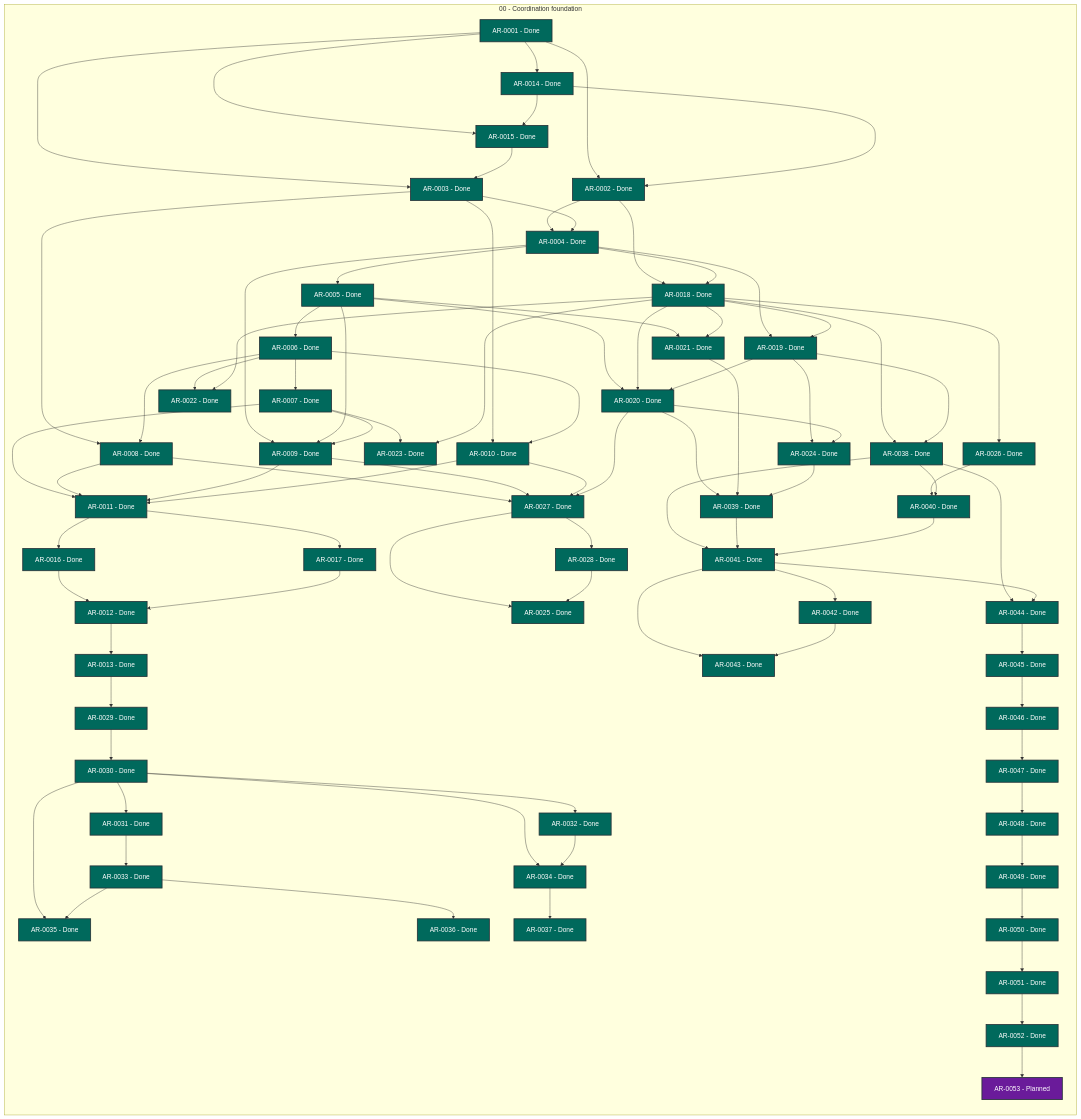
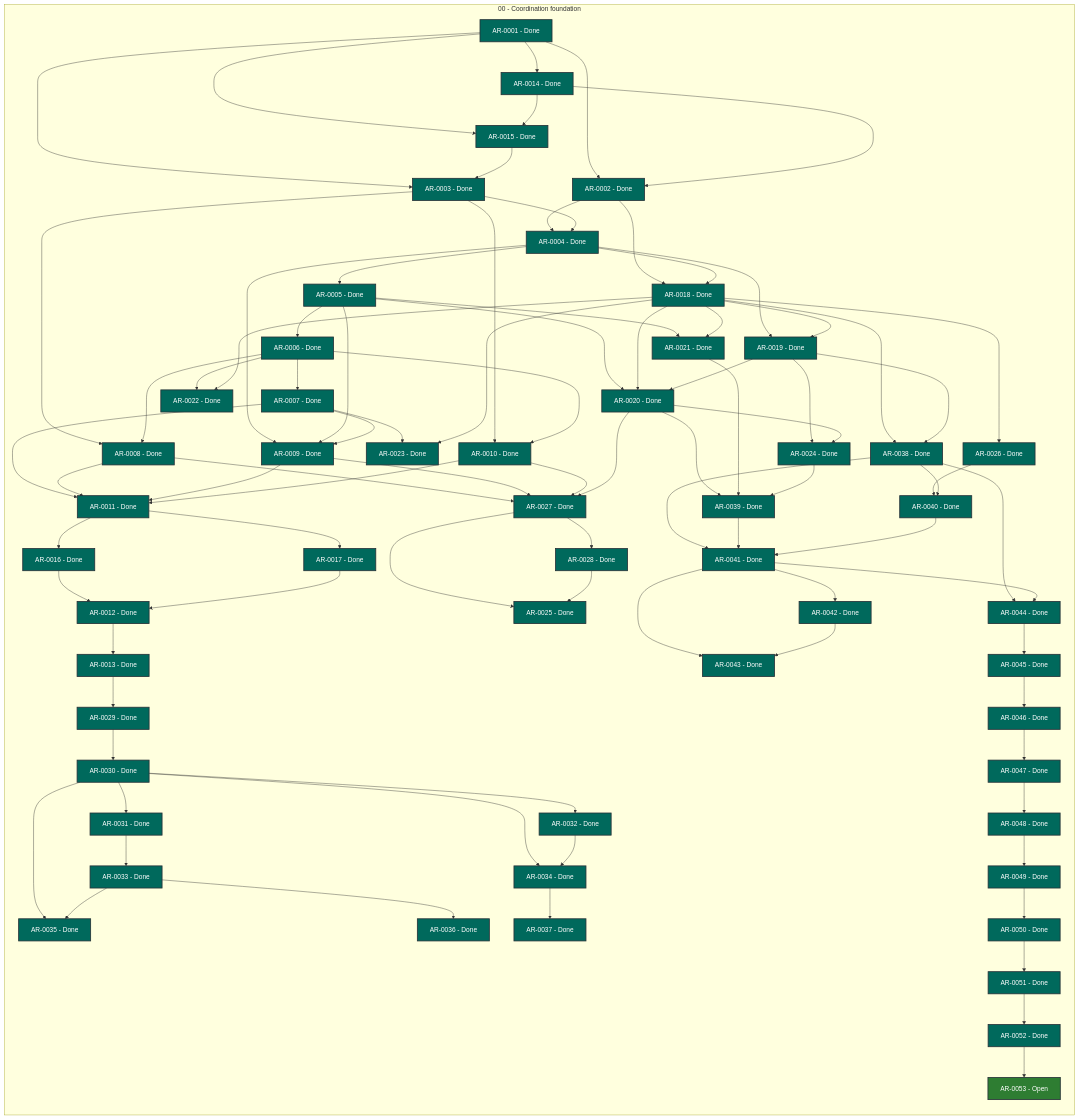
Before and after one commit to martin-beck/agent-workflow-tui-state: the diagram in STATUS.md, drawn with Mermaid. The commit also changed other lines of this file and 2 other files, not shown here.

```diff
--- a/STATUS.md
+++ b/STATUS.md
@@ -80,7 +80,7 @@
         AR_0050["AR-0050 - Done"]:::status_done
         AR_0051["AR-0051 - Done"]:::status_done
         AR_0052["AR-0052 - Done"]:::status_done
-        AR_0053["AR-0053 - Planned"]:::status_planned
+        AR_0053["AR-0053 - Open"]:::status_open
     end
     AR_0001 --> AR_0002
     AR_0001 --> AR_0003
```
